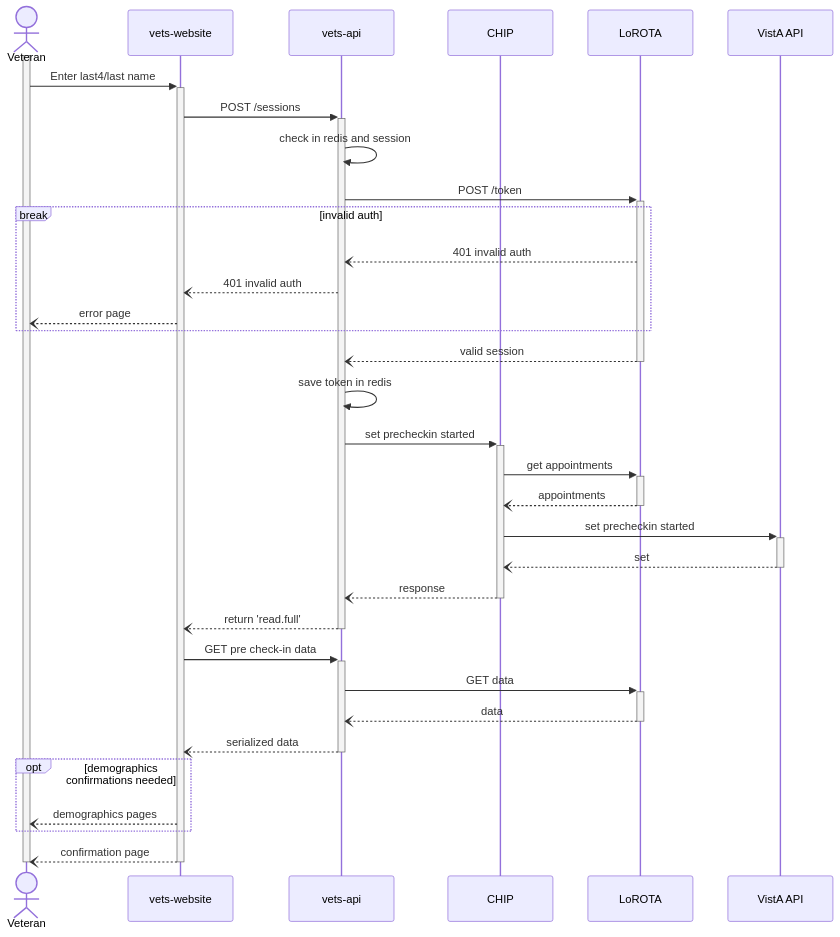
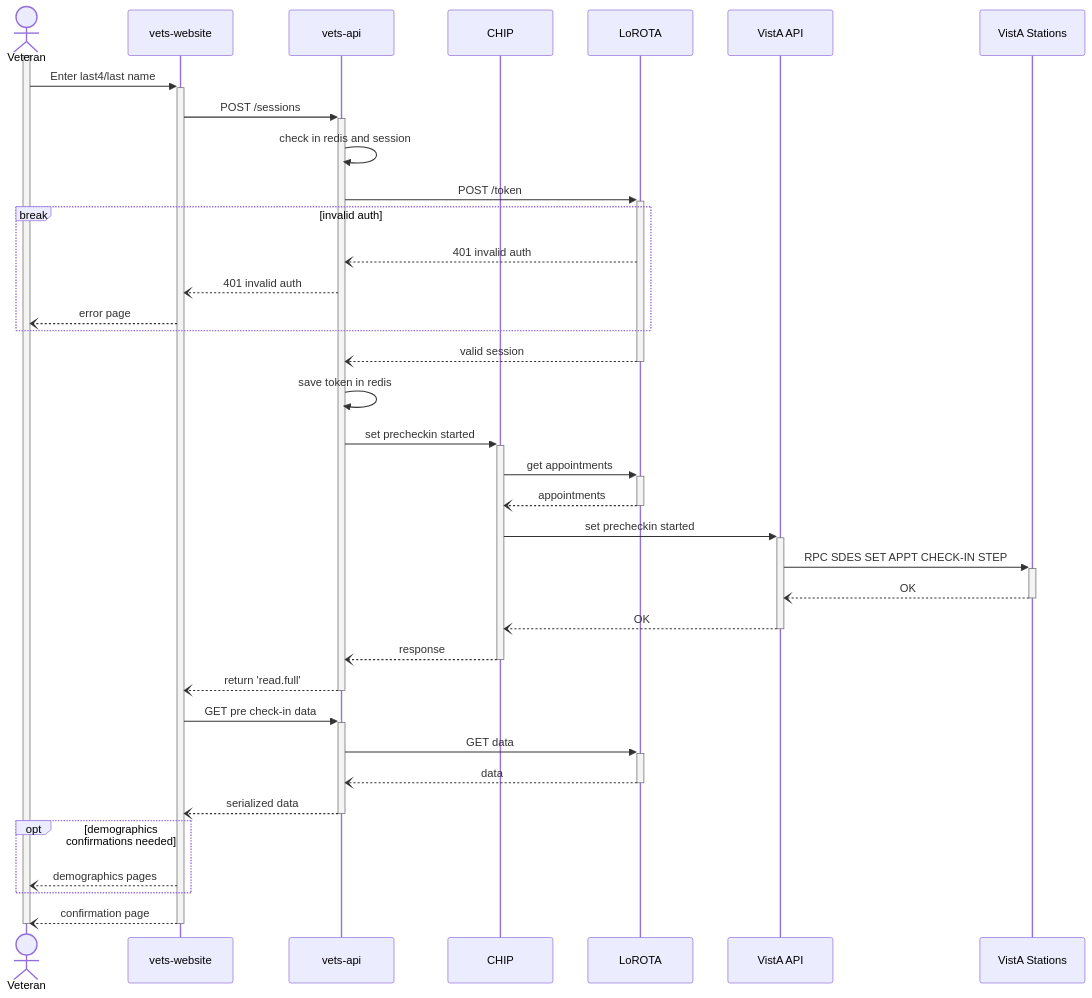
The fifth of 6 diagrams in products/health-care/checkin/engineering/architecture-diagrams/sequenceDiagram_preCheckInExp.md (department-of-veterans-affairs/va.gov-team), drawn with Mermaid before and after one commit. The commit also changed other lines of this file, not shown here.

````diff
--- a/products/health-care/checkin/engineering/architecture-diagrams/sequenceDiagram_preCheckInExp.md
+++ b/products/health-care/checkin/engineering/architecture-diagrams/sequenceDiagram_preCheckInExp.md
@@ -189,46 +189,51 @@
 ```mermaid
 sequenceDiagram
   actor vet as Veteran
   participant web as vets-website
   participant api as vets-api
   participant c as CHIP
   participant l as LoROTA
   participant va as VistA API
+  participant val as VistA Stations
 
   activate vet
 
   vet->>+web: Enter last4/last name
   web->>+api: POST /sessions
   api->>api: check in redis and session
   api->>+l: POST /token
 
   break invalid auth
    l--)api: 401 invalid auth
    api--)web: 401 invalid auth
    web--)vet: error page
   end
 
   l--)-api: valid session
 
   api->>api: save token in redis
   api->>+c: set precheckin started
+
   c->>+l: get appointments
   l--)-c: appointments
+
   c->>+va: set precheckin started
-  va--)-c: set
+  va->>+val: RPC SDES SET APPT CHECK-IN STEP
+  val--)-va: OK
+  va--)-c: OK
   c--)-api: response
   api--)-web: return 'read.full'
 
   web->>+api: GET pre check-in data
   api->>+l: GET data
   l--)-api: data
   api--)-web: serialized data
 
   opt demographics confirmations needed
     web--)vet: demographics pages
   end
 
   web--)-vet: confirmation page
 
   deactivate vet
 ```
````
